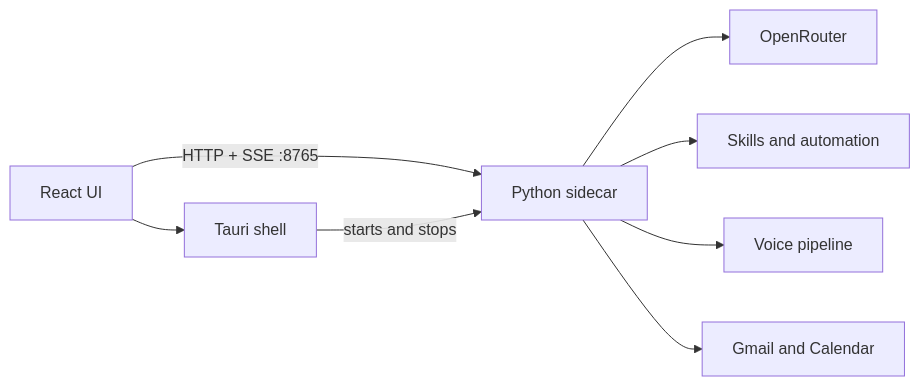
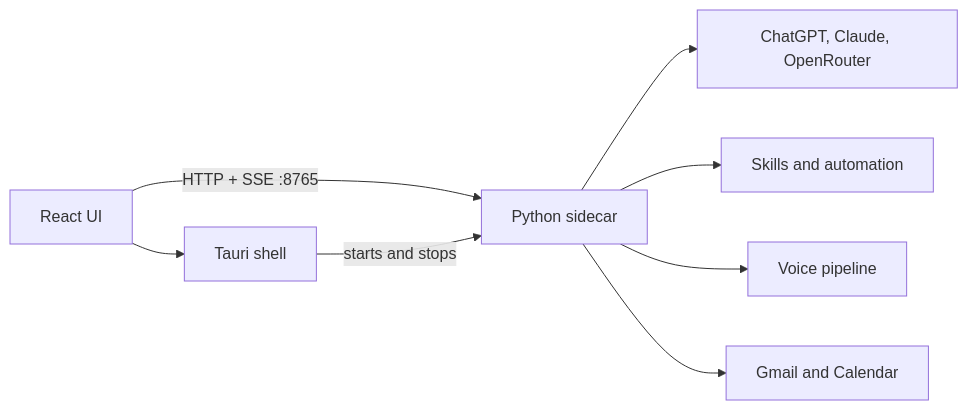
Before and after one commit to Dhrishit04/Tesseract: the diagram in README.md, drawn with Mermaid. The commit also changed other lines of this file and 74 other files, not shown here.

````diff
--- a/README.md
+++ b/README.md
@@ -16,10 +16,10 @@
 ```mermaid
 flowchart LR
     UI[React UI] --> Shell[Tauri shell]
     UI -->|HTTP + SSE :8765| API[Python sidecar]
     Shell -->|starts and stops| API
-    API --> LLM[OpenRouter]
+    API --> LLM[ChatGPT, Claude, OpenRouter]
     API --> Skills[Skills and automation]
     API --> Voice[Voice pipeline]
     API --> Google[Gmail and Calendar]
 ```
````
